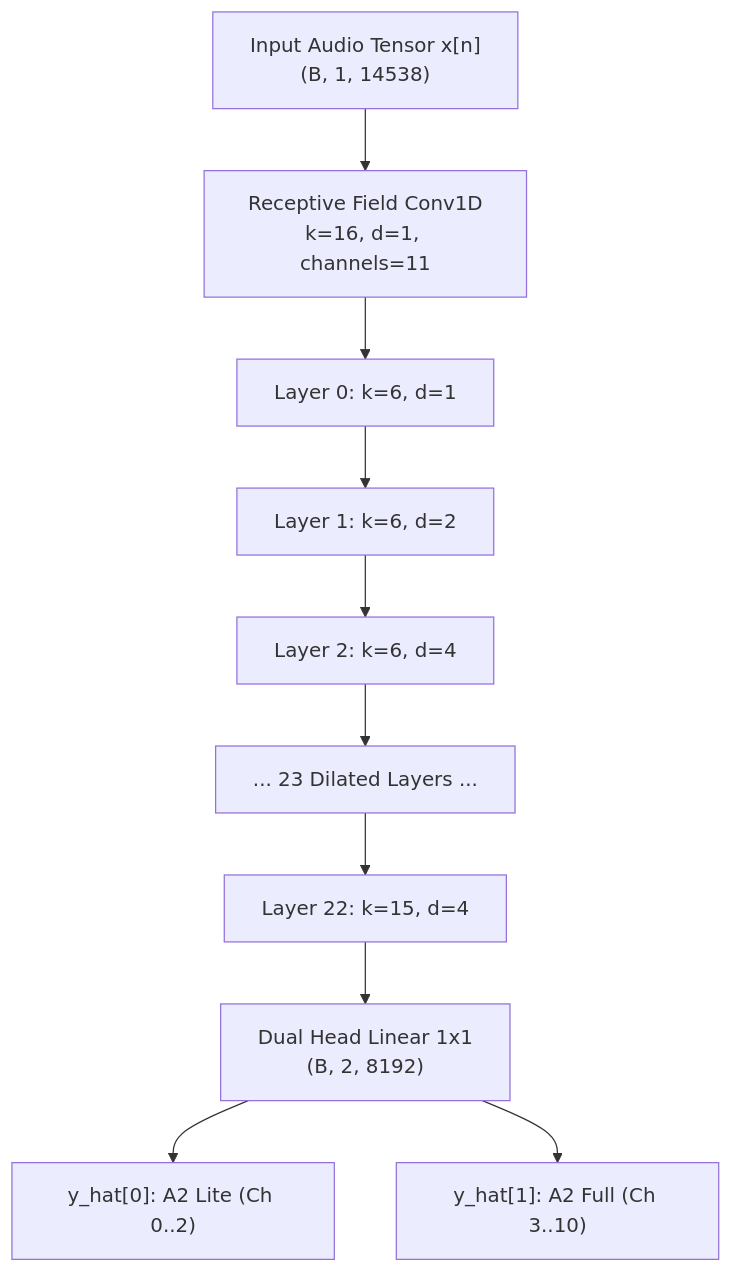
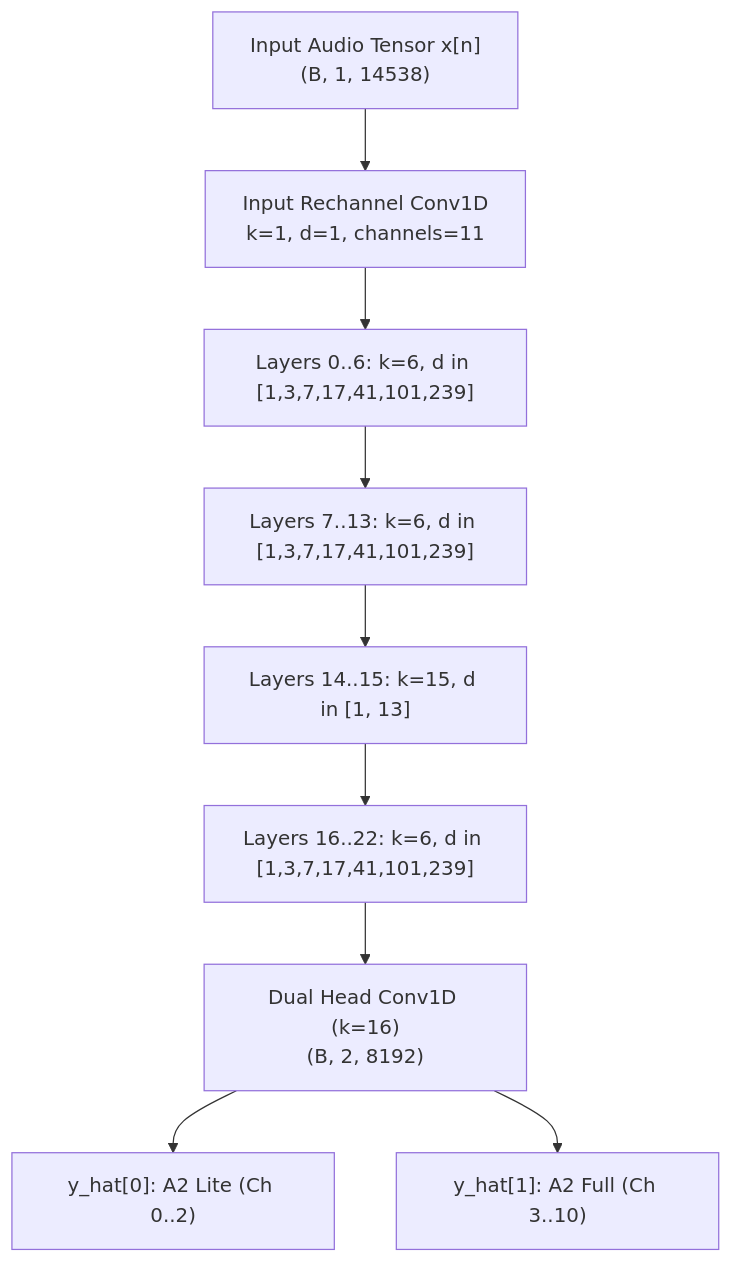
The diagram in docs/trainer/native/engine_architecture.md (pethin/allomorph), drawn with Mermaid before and after one commit. The commit also changed other lines of this file and 83 other files, not shown here.

````diff
--- a/docs/trainer/native/engine_architecture.md
+++ b/docs/trainer/native/engine_architecture.md
@@ -29,12 +29,11 @@
 ```mermaid
 graph TD
-    In["Input Audio Tensor x[n]<br/>(B, 1, 14538)"] --> HeadConv["Receptive Field Conv1D<br/>k=16, d=1, channels=11"]
-    HeadConv --> L0["Layer 0: k=6, d=1"]
-    L0 --> L1["Layer 1: k=6, d=2"]
-    L1 --> L2["Layer 2: k=6, d=4"]
-    L2 --> Dots["... 23 Dilated Layers ..."]
-    Dots --> L22["Layer 22: k=15, d=4"]
-    L22 --> Head["Dual Head Linear 1x1<br/>(B, 2, 8192)"]
+    In["Input Audio Tensor x[n]<br/>(B, 1, 14538)"] --> Rechannel["Input Rechannel Conv1D<br/>k=1, d=1, channels=11"]
+    Rechannel --> L0["Layers 0..6: k=6, d in [1,3,7,17,41,101,239]"]
+    L0 --> L7["Layers 7..13: k=6, d in [1,3,7,17,41,101,239]"]
+    L7 --> L14["Layers 14..15: k=15, d in [1, 13]"]
+    L14 --> L16["Layers 16..22: k=6, d in [1,3,7,17,41,101,239]"]
+    L16 --> Head["Dual Head Conv1D (k=16)<br/>(B, 2, 8192)"]
     Head --> OutLite["y_hat[0]: A2 Lite (Ch 0..2)"]
     Head --> OutFull["y_hat[1]: A2 Full (Ch 3..10)"]
 ```
````
